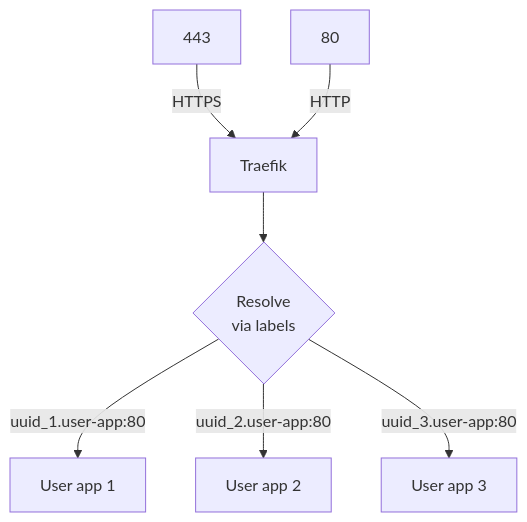
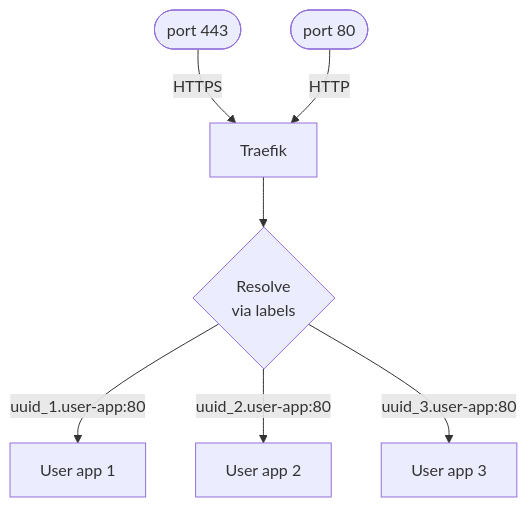
Before and after one commit to paastech-cloud/docs: the diagram in Architecture.md, drawn with Mermaid.

Commit message:
Docs[Pomegranate]: Specify machine ports

````diff
--- a/Architecture.md
+++ b/Architecture.md
@@ -104,20 +104,20 @@
 ```mermaid
 flowchart TD
-    web[80]
-    webscure[443]
+    web([port 80])
+    webscure([port 443])
     traefik[Traefik]
     app_1[User app 1]
     app_2[User app 2]
     app_3[User app 3]
 
     rules{Resolve\nvia labels}
 
     webscure --> |HTTPS| traefik
     web --> |HTTP| traefik
     traefik --> rules
 
     rules --> |uuid_1.user-app:80| app_1
     rules --> |uuid_2.user-app:80| app_2
     rules --> |uuid_3.user-app:80| app_3
 
 ```
````
